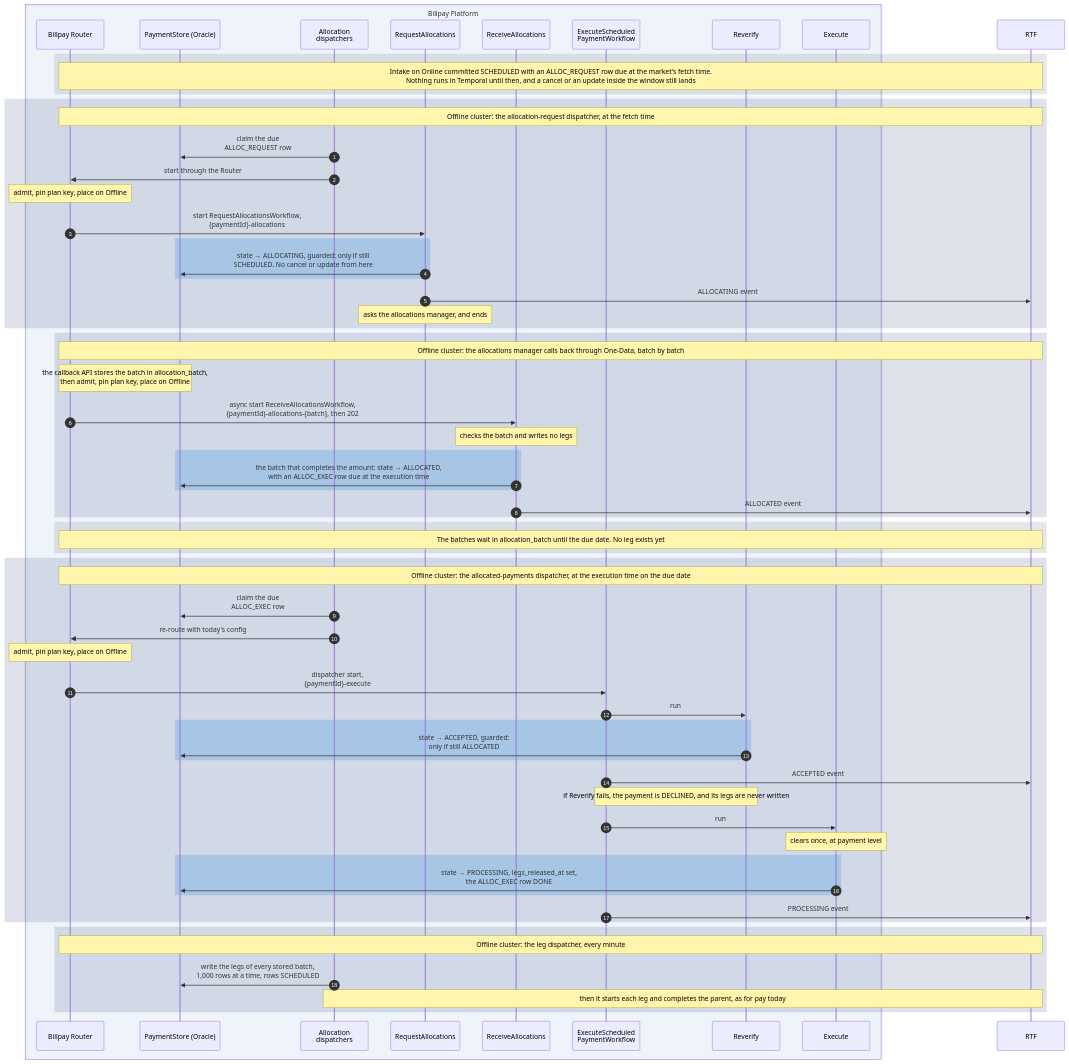
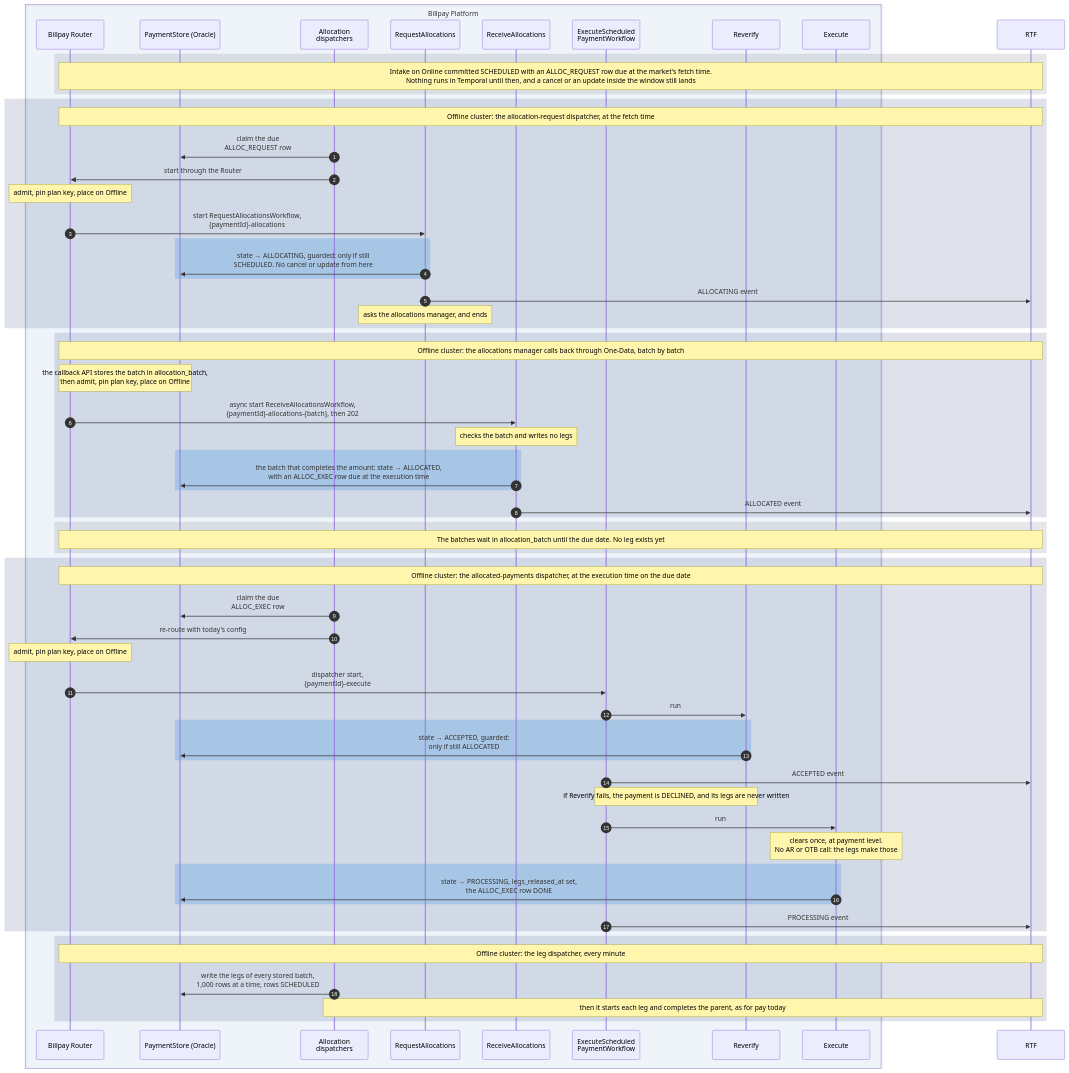
Before and after one commit to arunav-bhattacharya/billpay-book: the fourth of 14 diagrams in website/docs/design/sequence-diagrams.md, drawn with Mermaid. The commit also changed other lines of this file and 34 other files, not shown here.

First line of the commit message:
Pay by bank replaces the payment intent; a corporate parent only clears

````diff
--- a/website/docs/design/sequence-diagrams.md
+++ b/website/docs/design/sequence-diagrams.md
@@ -286,80 +286,80 @@
 ```mermaid
 ---
 config:
   fontFamily: "BentonSansUI, Helvetica, Arial, sans-serif"
   fontSize: 15
 ---
 sequenceDiagram
   autonumber
 
   box rgba(0,111,207,0.05) Billpay Platform
     participant R as Billpay Router
     participant PS as PaymentStore (Oracle)
     participant AD as Allocation<br/>dispatchers
     participant RQ as RequestAllocations
     participant RC as ReceiveAllocations
     participant XW as ExecuteScheduled<br/>PaymentWorkflow
     participant REV as Reverify
     participant EXE as Execute
   end
 
   participant RTF
 
   rect rgba(83,86,90,0.14)
     Note over R,RTF: Intake on Online committed SCHEDULED with an ALLOC_REQUEST row due at the market's fetch time.<br/>Nothing runs in Temporal until then, and a cancel or an update inside the window still lands
   end
 
   rect rgba(0,23,90,0.12)
     Note over R,RTF: Offline cluster: the allocation-request dispatcher, at the fetch time
     AD->>PS: claim the due<br/>ALLOC_REQUEST row
     AD->>R: start through the Router
     Note over R: admit, pin plan key, place on Offline
     R->>RQ: start RequestAllocationsWorkflow,<br/>{paymentId}-allocations
     rect rgba(102,169,226,0.40)
       RQ->>PS: state → ALLOCATING, guarded: only if still<br/>SCHEDULED. No cancel or update from here
     end
     RQ->>RTF: ALLOCATING event
     Note over RQ: asks the allocations manager, and ends
   end
 
   rect rgba(0,23,90,0.12)
     Note over R,RTF: Offline cluster: the allocations manager calls back through One-Data, batch by batch
     Note over R,PS: the callback API stores the batch in allocation_batch,<br/>then admit, pin plan key, place on Offline
     R->>RC: async start ReceiveAllocationsWorkflow,<br/>{paymentId}-allocations-{batch}, then 202
     Note over RC: checks the batch and writes no legs
     rect rgba(102,169,226,0.40)
       RC->>PS: the batch that completes the amount: state → ALLOCATED,<br/>with an ALLOC_EXEC row due at the execution time
     end
     RC->>RTF: ALLOCATED event
   end
 
   rect rgba(83,86,90,0.14)
     Note over R,RTF: The batches wait in allocation_batch until the due date. No leg exists yet
   end
 
   rect rgba(0,23,90,0.12)
     Note over R,RTF: Offline cluster: the allocated-payments dispatcher, at the execution time on the due date
     AD->>PS: claim the due<br/>ALLOC_EXEC row
     AD->>R: re-route with today's config
     Note over R: admit, pin plan key, place on Offline
     R->>XW: dispatcher start,<br/>{paymentId}-execute
     XW->>REV: run
     rect rgba(102,169,226,0.40)
       REV->>PS: state → ACCEPTED, guarded:<br/>only if still ALLOCATED
     end
     XW->>RTF: ACCEPTED event
     Note over XW,REV: if Reverify fails, the payment is DECLINED, and its legs are never written
     XW->>EXE: run
-    Note over EXE: clears once, at payment level
+    Note over EXE: clears once, at payment level.<br/>No AR or OTB call: the legs make those
     rect rgba(102,169,226,0.40)
       EXE->>PS: state → PROCESSING, legs_released_at set,<br/>the ALLOC_EXEC row DONE
     end
     XW->>RTF: PROCESSING event
   end
 
   rect rgba(0,23,90,0.12)
     Note over R,RTF: Offline cluster: the leg dispatcher, every minute
     AD->>PS: write the legs of every stored batch,<br/>1,000 rows at a time, rows SCHEDULED
     Note over AD,RTF: then it starts each leg and completes the parent, as for pay today
   end
 ```
````
